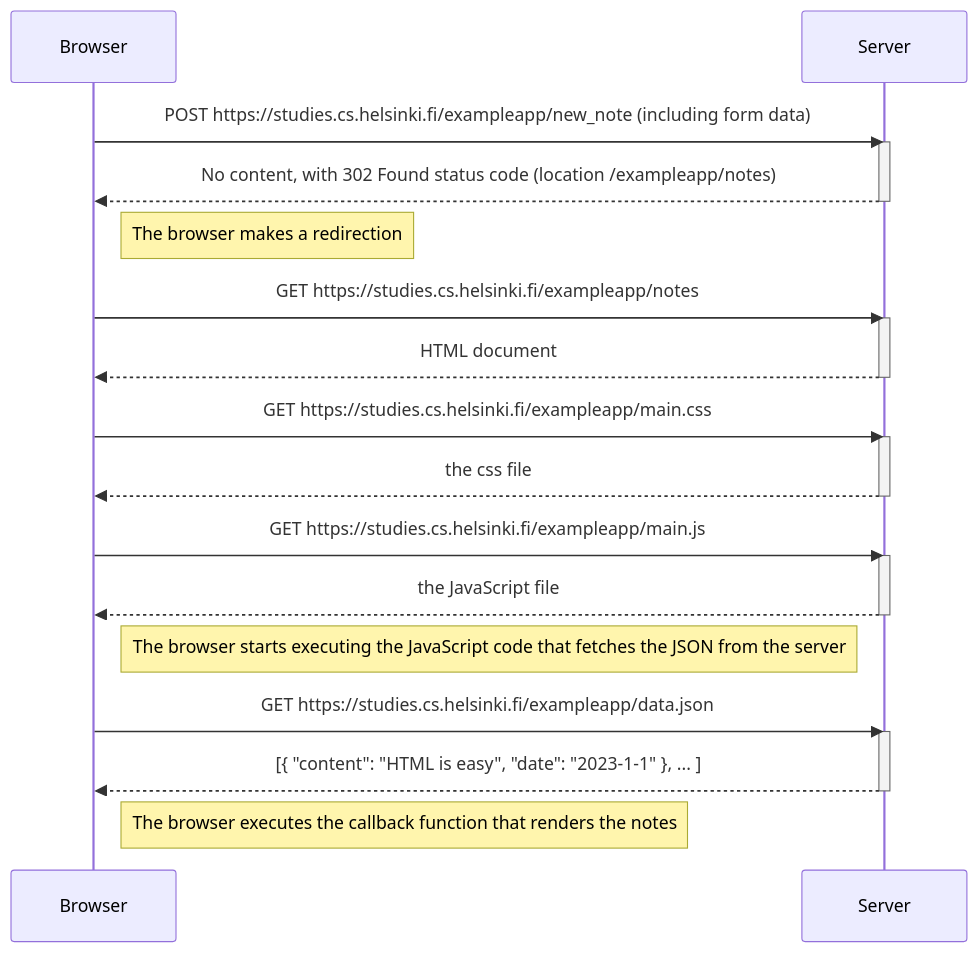
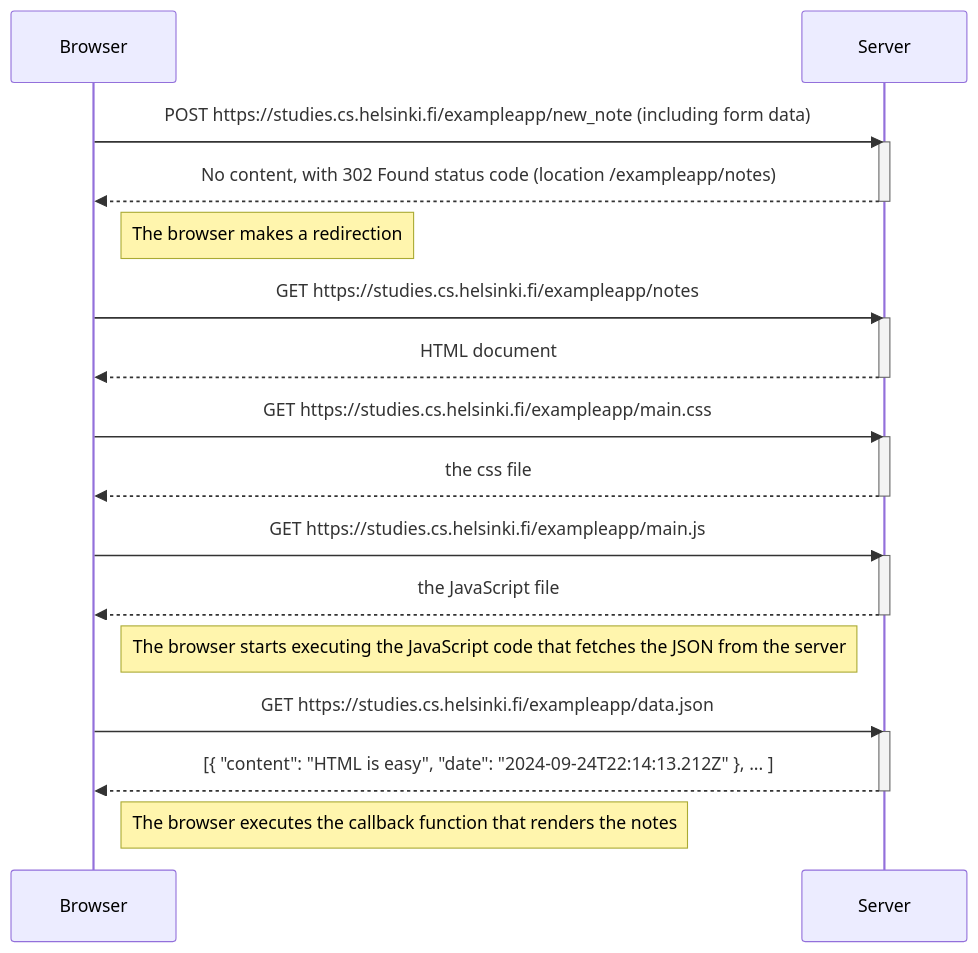
One commit to ArmLegend/full-stack-open changed the diagram in part0/0.4-new-note-diagram.md. Above: the diagram before and after it, drawn with Mermaid. The commit also changed 1 other file, not shown here.

Commit message:
exercise 0.5: single page app diagram

````diff
--- a/part0/0.4-new-note-diagram.md
+++ b/part0/0.4-new-note-diagram.md
@@ -1,36 +1,36 @@
 ```mermaid
 sequenceDiagram
   participant Browser as Browser
   participant Server as Server
 
   Browser->>Server: POST https://studies.cs.helsinki.fi/exampleapp/new_note (including form data)
   activate Server
   Server-->>Browser: No content, with 302 Found status code (location /exampleapp/notes)
   deactivate Server
   Note right of Browser: The browser makes a redirection
 
 
   Browser->>Server: GET https://studies.cs.helsinki.fi/exampleapp/notes
   activate Server
   Server-->>Browser: HTML document
   deactivate Server
 
   Browser->>Server: GET https://studies.cs.helsinki.fi/exampleapp/main.css
   activate Server
   Server-->>Browser: the css file
   deactivate Server
 
   Browser->>Server: GET https://studies.cs.helsinki.fi/exampleapp/main.js
   activate Server
   Server-->>Browser: the JavaScript file
   deactivate Server
 
   Note right of Browser: The browser starts executing the JavaScript code that fetches the JSON from the server
 
   Browser->>Server: GET https://studies.cs.helsinki.fi/exampleapp/data.json
   activate Server
-  Server-->>Browser: [{ "content": "HTML is easy", "date": "2023-1-1" }, ... ]
+  Server-->>Browser: [{ "content": "HTML is easy", "date": "2024-09-24T22:14:13.212Z" }, ... ]
   deactivate Server
 
   Note right of Browser: The browser executes the callback function that renders the notes
 ```
````
